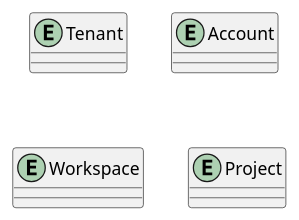
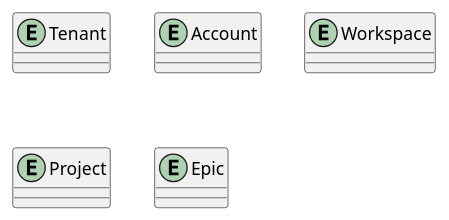
The diagram in entities.plantuml (jairokoning/sprint_manager_uml), drawn with PlantUML before and after one commit. The commit also changed 1 other file, not shown here.

Commit message:
feat: add entity epic

```diff
--- a/entities.plantuml
+++ b/entities.plantuml
@@ -1,8 +1,9 @@
 @startuml "entities"
 
 entity Tenant {}
 entity Account {}
 entity Workspace {}
 entity Project {}
+entity Epic {}
 
 @enduml
```
